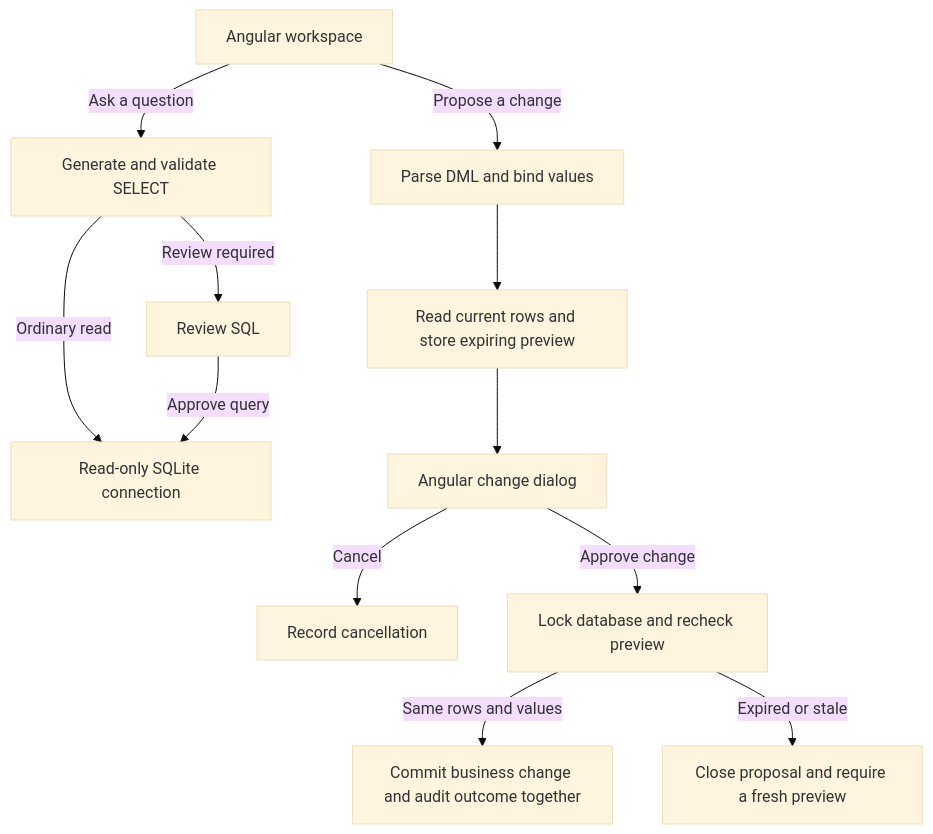
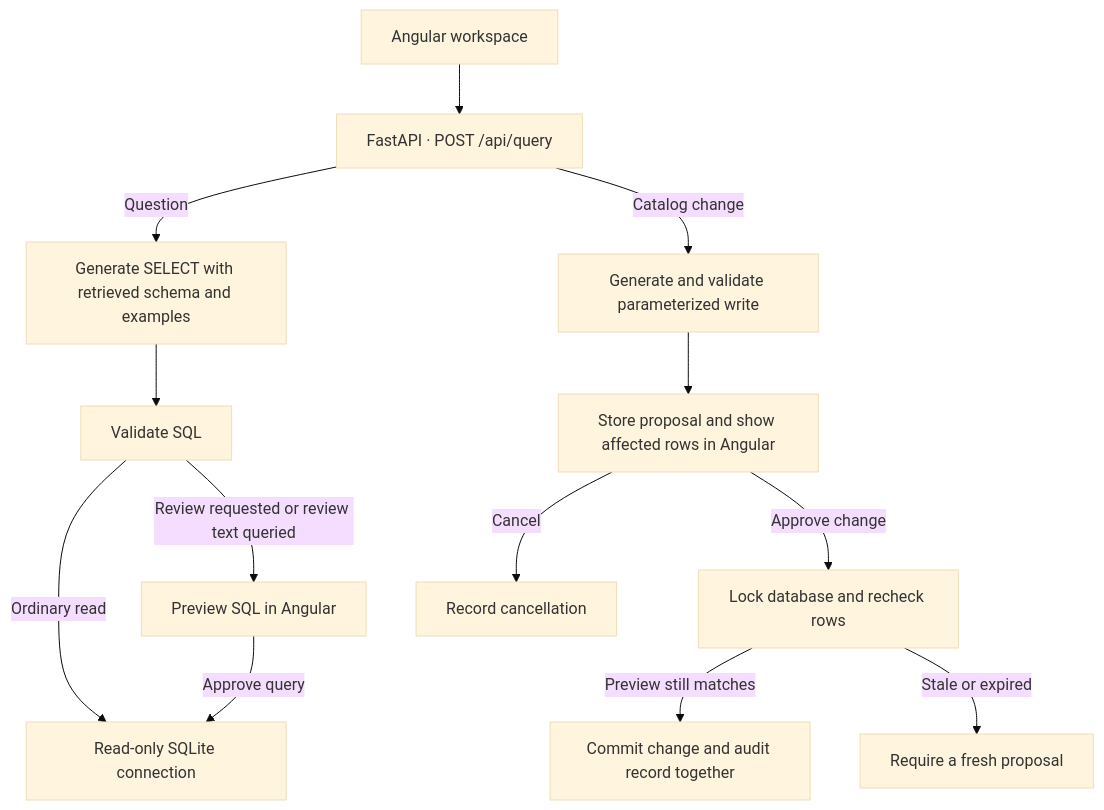
Before and after one commit to devprajwalv/text-to-sql: the diagram in README.md, drawn with Mermaid (base theme). The commit also changed other lines of this file, not shown here.

Commit message:
Clarify Query Studio setup, examples, and approval workflow

````diff
--- a/README.md
+++ b/README.md
@@ -123,14 +118,15 @@
 ```mermaid
 flowchart TD
-    UI["Angular workspace"] -->|Ask a question| Read["Generate and validate SELECT"]
-    Read -->|Ordinary read| RO["Read-only SQLite connection"]
-    Read -->|Review required| Review["Review SQL"]
-    Review -->|Approve query| RO
-    UI -->|Propose a change| Plan["Parse DML and bind values"]
-    Plan --> Preview["Read current rows and store expiring preview"]
-    Preview --> Dialog["Angular change dialog"]
-    Dialog -->|Cancel| Cancel["Record cancellation"]
-    Dialog -->|Approve change| Check["Lock database and recheck preview"]
-    Check -->|Same rows and values| Commit["Commit business change and audit outcome together"]
-    Check -->|Expired or stale| Reject["Close proposal and require a fresh preview"]
+    UI["Angular workspace"] --> API["FastAPI · POST /api/query"]
+    API -->|Question| Read["Generate SELECT with retrieved schema and examples"]
+    Read --> Guard["Validate SQL"]
+    Guard -->|Ordinary read| DB["Read-only SQLite connection"]
+    Guard -->|Review requested or review text queried| Review["Preview SQL in Angular"]
+    Review -->|Approve query| DB
+    API -->|Catalog change| Write["Generate and validate parameterized write"]
+    Write --> Preview["Store proposal and show affected rows in Angular"]
+    Preview -->|Cancel| Cancel["Record cancellation"]
+    Preview -->|Approve change| Lock["Lock database and recheck rows"]
+    Lock -->|Preview still matches| Commit["Commit change and audit record together"]
+    Lock -->|Stale or expired| Reject["Require a fresh proposal"]
 ```
````
